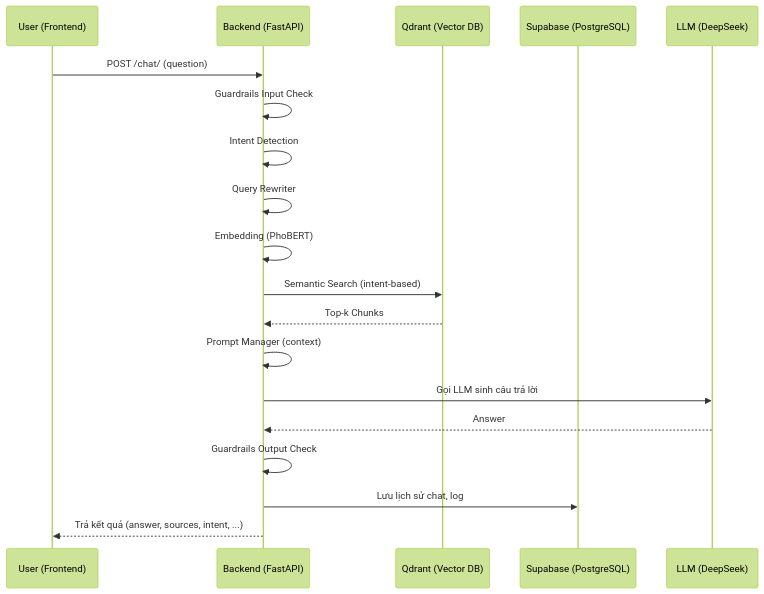
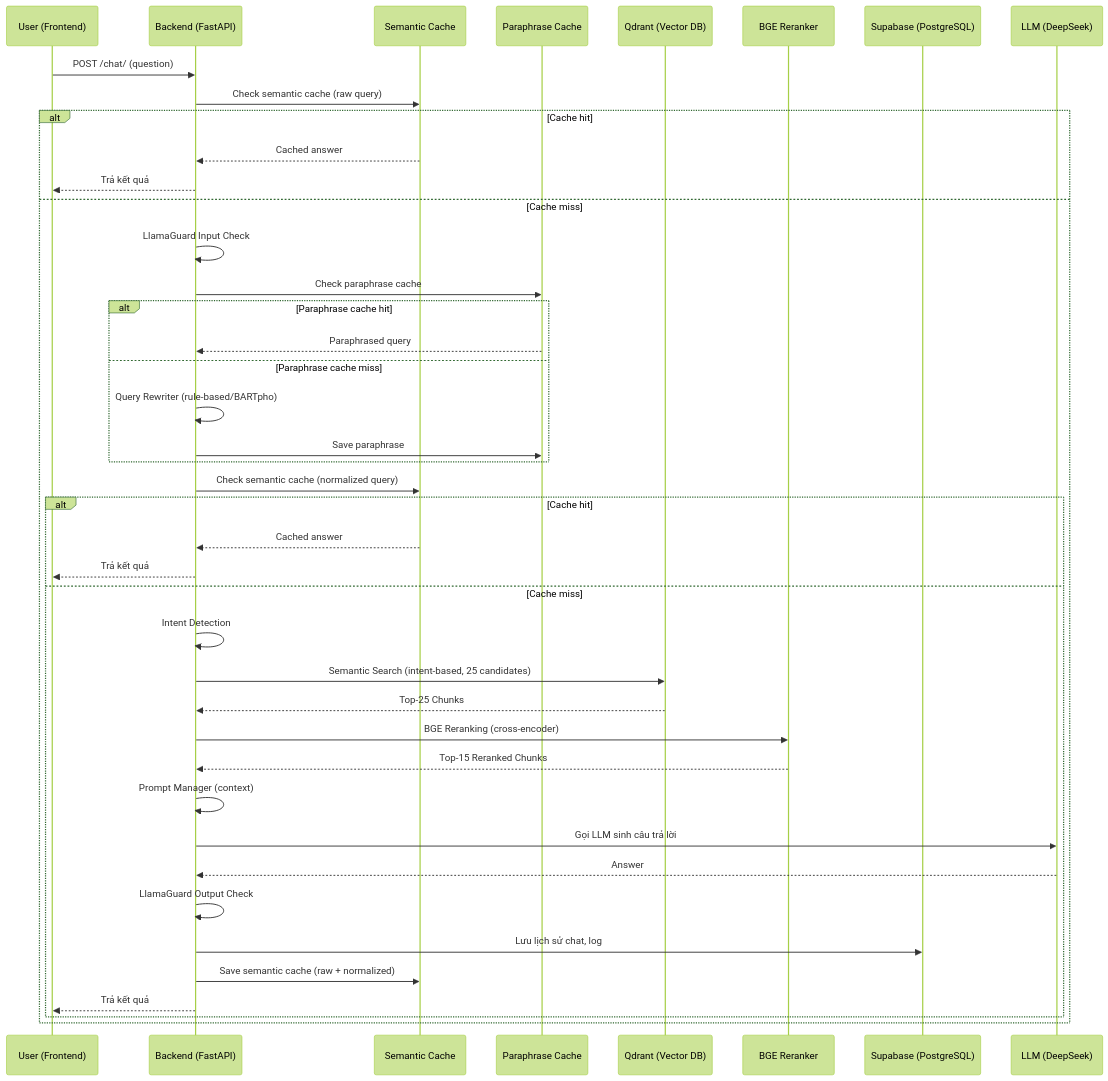
The second of 2 diagrams in docs/Workflow.md (tuananhne1110/Cutru_chatbot), drawn with Mermaid (forest theme) before and after one commit. The commit also changed other lines of this file and 6 other files, not shown here.

````diff
--- a/docs/Workflow.md
+++ b/docs/Workflow.md
@@ -60,21 +85,44 @@
 ```mermaid
 sequenceDiagram
     participant U as User (Frontend)
     participant B as Backend (FastAPI)
+    participant C as Semantic Cache
+    participant P as Paraphrase Cache
     participant Q as Qdrant (Vector DB)
+    participant R as BGE Reranker
     participant S as Supabase (PostgreSQL)
     participant L as LLM (DeepSeek)
     U->>B: POST /chat/ (question)
-    B->>B: Guardrails Input Check
-    B->>B: Intent Detection
-    B->>B: Query Rewriter
-    B->>B: Embedding (PhoBERT)
-    B->>Q: Semantic Search (intent-based)
-    Q-->>B: Top-k Chunks
-    B->>B: Prompt Manager (context)
-    B->>L: Gọi LLM sinh câu trả lời
-    L-->>B: Answer
-    B->>B: Guardrails Output Check
-    B->>S: Lưu lịch sử chat, log
-    B-->>U: Trả kết quả (answer, sources, intent, ...)
+    B->>C: Check semantic cache (raw query)
+    alt Cache hit
+        C-->>B: Cached answer
+        B-->>U: Trả kết quả
+    else Cache miss
+        B->>B: LlamaGuard Input Check
+        B->>P: Check paraphrase cache
+        alt Paraphrase cache hit
+            P-->>B: Paraphrased query
+        else Paraphrase cache miss
+            B->>B: Query Rewriter (rule-based/BARTpho)
+            B->>P: Save paraphrase
+        end
+        B->>C: Check semantic cache (normalized query)
+        alt Cache hit
+            C-->>B: Cached answer
+            B-->>U: Trả kết quả
+        else Cache miss
+            B->>B: Intent Detection
+            B->>Q: Semantic Search (intent-based, 25 candidates)
+            Q-->>B: Top-25 Chunks
+            B->>R: BGE Reranking (cross-encoder)
+            R-->>B: Top-15 Reranked Chunks
+            B->>B: Prompt Manager (context)
+            B->>L: Gọi LLM sinh câu trả lời
+            L-->>B: Answer
+            B->>B: LlamaGuard Output Check
+            B->>S: Lưu lịch sử chat, log
+            B->>C: Save semantic cache (raw + normalized)
+            B-->>U: Trả kết quả
+        end
+    end
 ```
````
